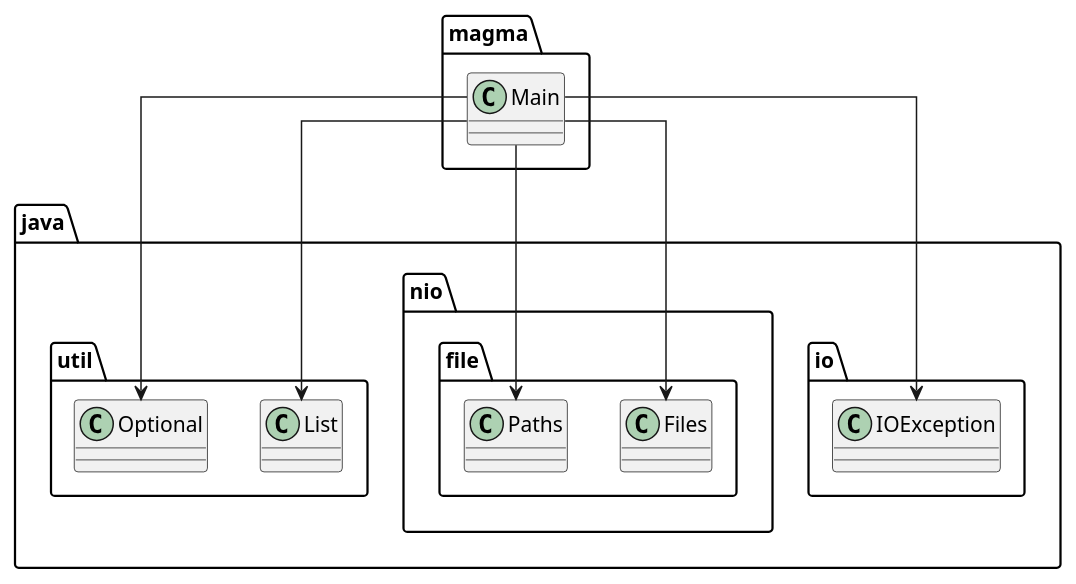
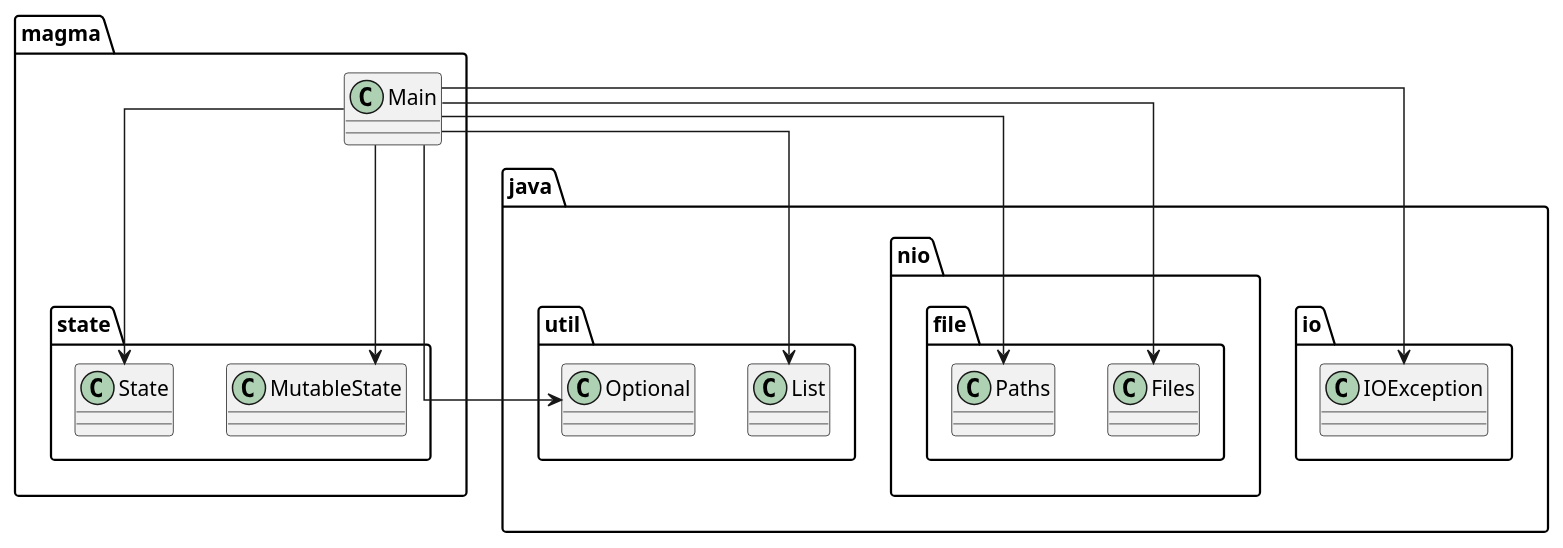
The diagram in diagram.puml (SirMathhman/Magma), drawn with PlantUML before and after one commit. The commit also changed 3 other files, not shown here.

```diff
--- a/diagram.puml
+++ b/diagram.puml
@@ -1,9 +1,11 @@
 @startuml
 skinparam linetype ortho
 class magma.Main
+magma.Main --> magma.state.MutableState
+magma.Main --> magma.state.State
 magma.Main --> java.io.IOException
 magma.Main --> java.nio.file.Files
 magma.Main --> java.nio.file.Paths
 magma.Main --> java.util.List
 magma.Main --> java.util.Optional
 @enduml
```
